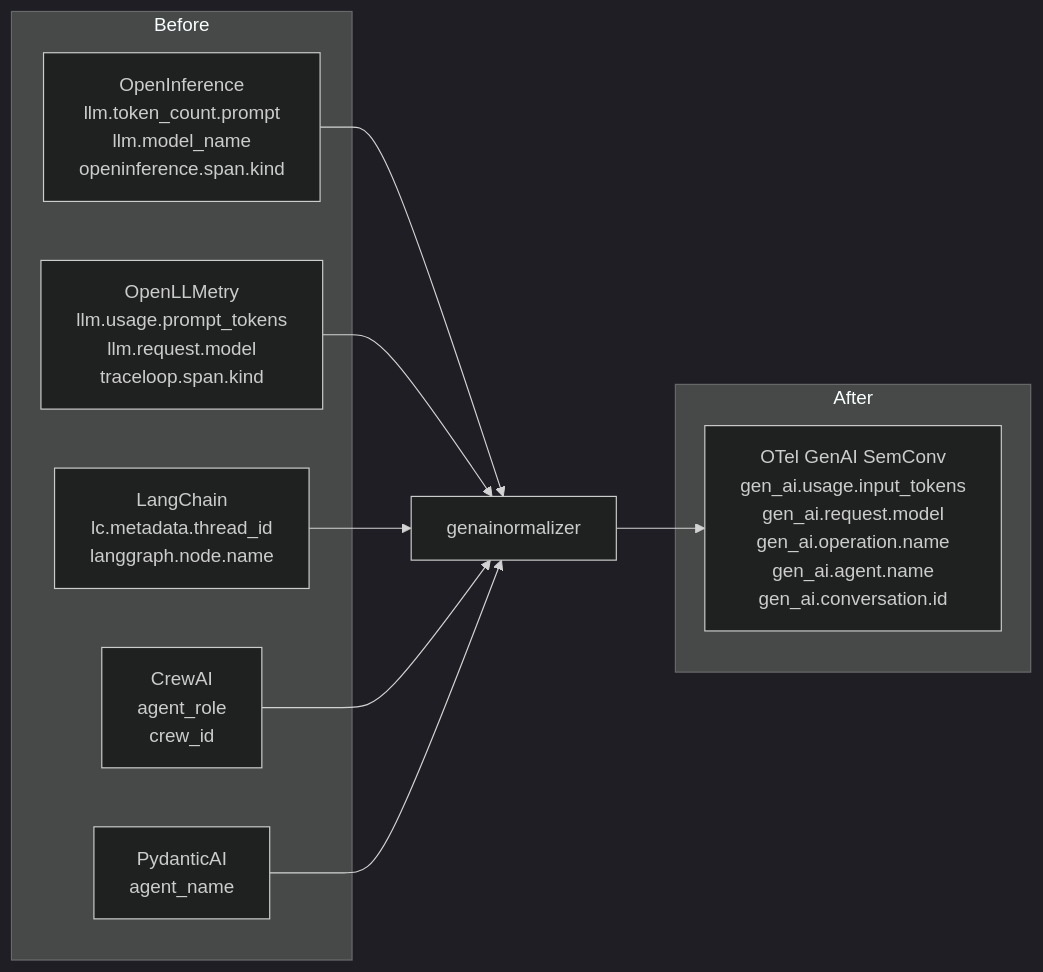
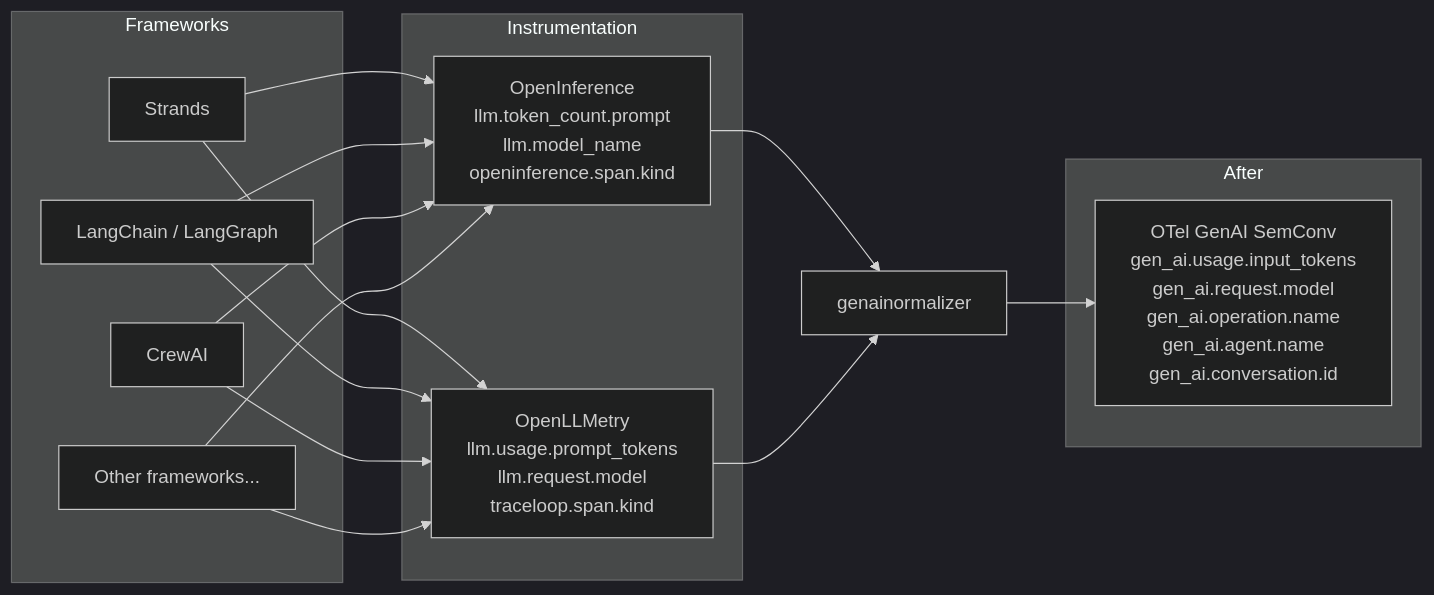
Before and after one commit to kylehounslow/genainormalizer: the diagram in README.md, drawn with Mermaid (dark theme). The commit also changed other lines of this file and 5 other files, not shown here.

````diff
--- a/README.md
+++ b/README.md
@@ -9,18 +9,23 @@
 ```mermaid
 graph LR
-    subgraph Before
+    subgraph Frameworks
+        S[Strands]
+        LC[LangChain / LangGraph]
+        CR[CrewAI]
+        OT[Other frameworks...]
+    end
+
+    subgraph Instrumentation
         OI[OpenInference<br>llm.token_count.prompt<br>llm.model_name<br>openinference.span.kind]
         OL[OpenLLMetry<br>llm.usage.prompt_tokens<br>llm.request.model<br>traceloop.span.kind]
-        LC[LangChain<br>lc.metadata.thread_id<br>langgraph.node.name]
-        CR[CrewAI<br>agent_role<br>crew_id]
-        PA[PydanticAI<br>agent_name]
     end
 
-    OI & OL & LC & CR & PA --> N[genainormalizer]
+    S & LC & CR & OT --> OI & OL
+    OI & OL --> N[genainormalizer]
 
     subgraph After
         G[OTel GenAI SemConv<br>gen_ai.usage.input_tokens<br>gen_ai.request.model<br>gen_ai.operation.name<br>gen_ai.agent.name<br>gen_ai.conversation.id]
     end
 
     N --> G
 ```
````
